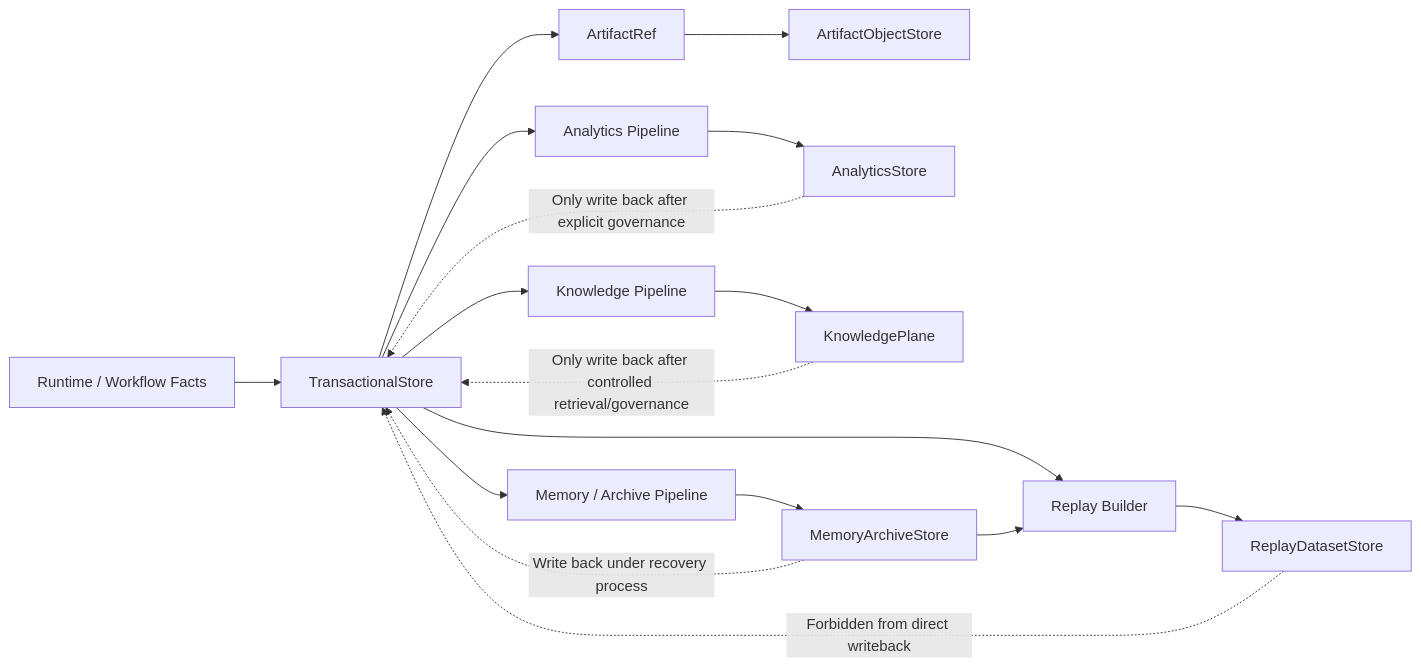
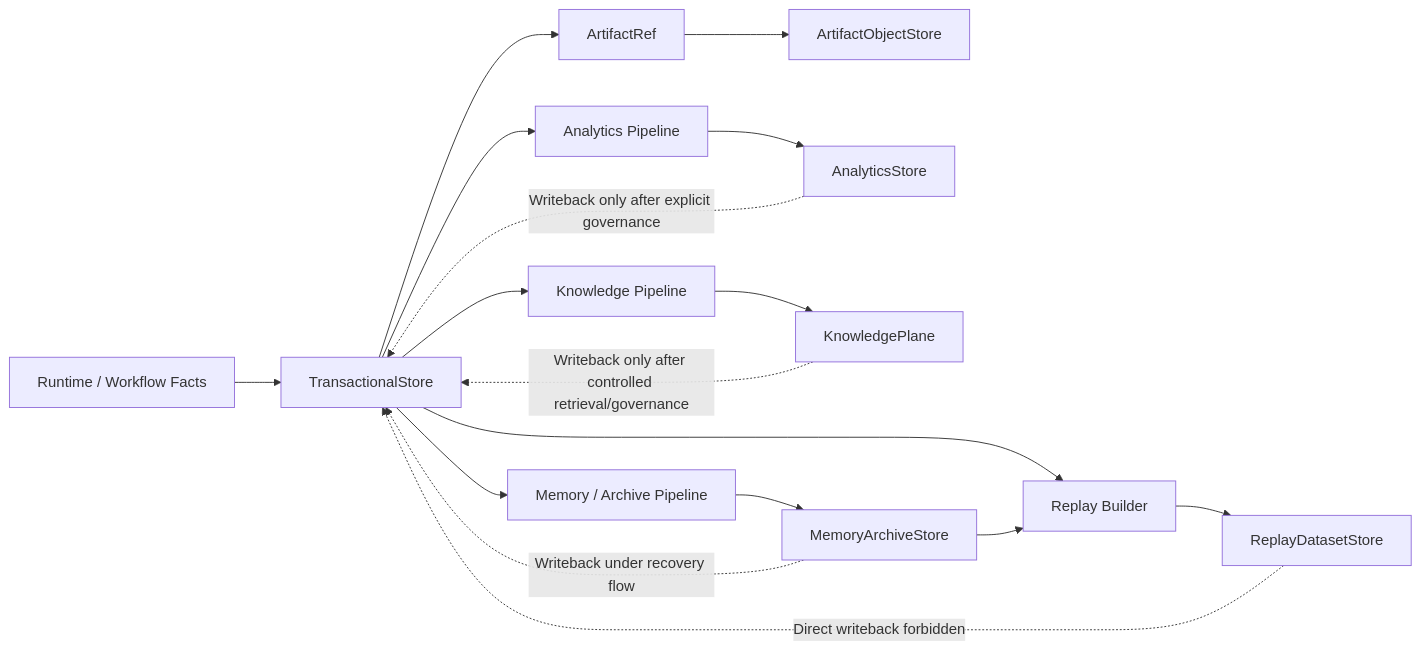
One commit to HoldenShen-hz/automatic-agent-platform changed the second of 3 diagrams in docs_en/contracts/data_plane_contract.md. Above: the diagram before and after it, drawn with Mermaid. The commit also changed other lines of this file and 146 other files, not shown here.

````diff
--- a/docs_en/contracts/data_plane_contract.md
+++ b/docs_en/contracts/data_plane_contract.md
@@ -168,20 +185,20 @@
 ```mermaid
 flowchart LR
     A["Runtime / Workflow Facts"] --> B["TransactionalStore"]
     B --> C["ArtifactRef"]
     C --> D["ArtifactObjectStore"]
     B --> E["Analytics Pipeline"]
     E --> F["AnalyticsStore"]
     B --> K["Knowledge Pipeline"]
     K --> L["KnowledgePlane"]
     B --> G["Memory / Archive Pipeline"]
     G --> H["MemoryArchiveStore"]
     B --> I["Replay Builder"]
     H --> I
     I --> J["ReplayDatasetStore"]
 
-    F -. "Only write back after explicit governance" .-> B
-    L -. "Only write back after controlled retrieval/governance" .-> B
-    H -. "Write back under recovery process" .-> B
-    J -. "Forbidden from direct writeback" .-> B
+    F -. "Writeback only after explicit governance" .-> B
+    L -. "Writeback only after controlled retrieval/governance" .-> B
+    H -. "Writeback under recovery flow" .-> B
+    J -. "Direct writeback forbidden" .-> B
 ```
````
